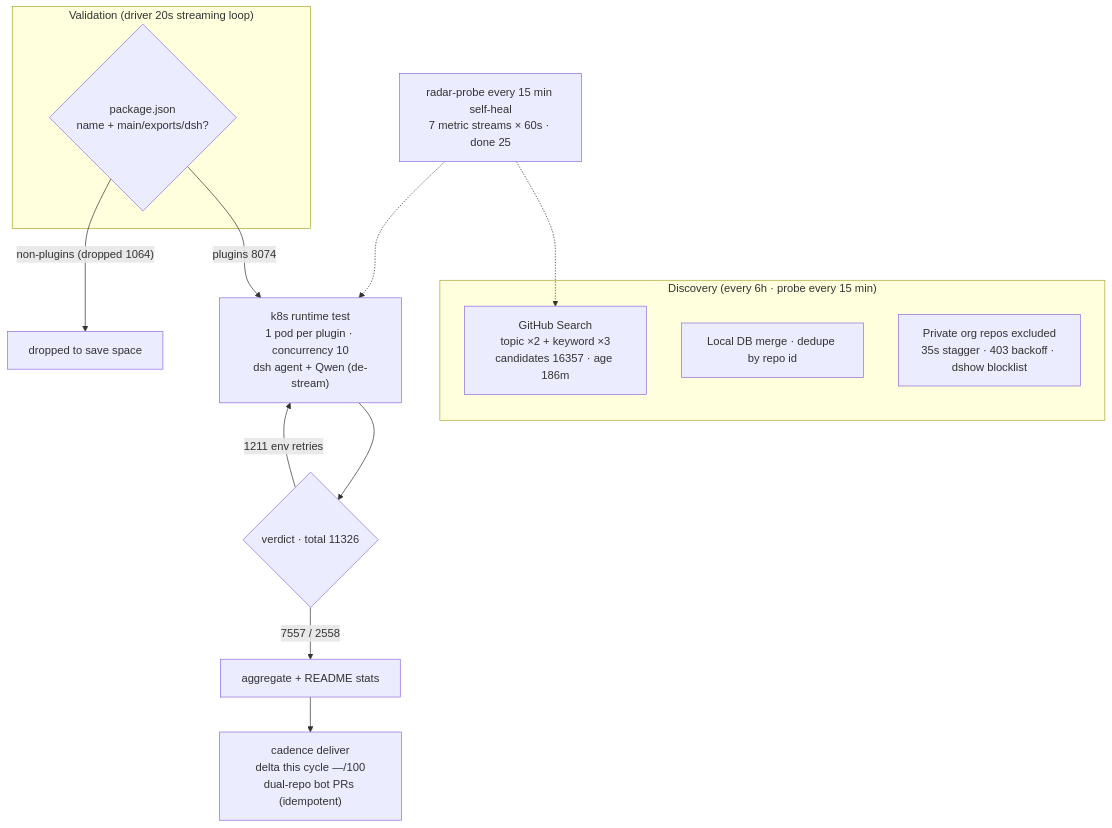
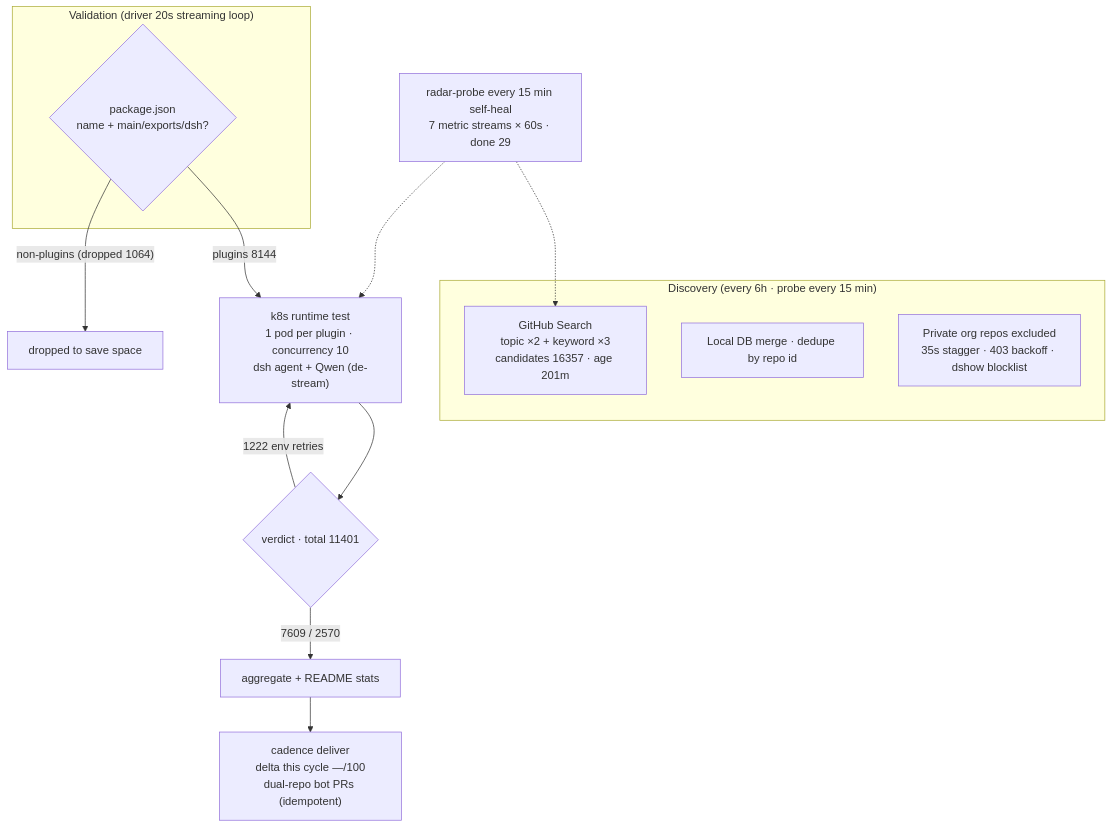
Before and after one commit to AdamPlatin123/awesome-dsh-plugins: the diagram in README.en-US.md, drawn with Mermaid. The commit also changed other lines of this file and 5 other files, not shown here.

````diff
--- a/README.en-US.md
+++ b/README.en-US.md
@@ -45,20 +45,20 @@
 ```mermaid
 flowchart TB
     subgraph Discovery["Discovery (every 6h · probe every 15 min)"]
-        A1["GitHub Search<br/>topic ×2 + keyword ×3<br/>candidates 16357 · age 186m"]
+        A1["GitHub Search<br/>topic ×2 + keyword ×3<br/>candidates 16357 · age 201m"]
         A2["Local DB merge · dedupe by repo id"]
         A3["Private org repos excluded<br/>35s stagger · 403 backoff · dshow blocklist"]
     end
     subgraph Validation["Validation (driver 20s streaming loop)"]
         B1{"package.json<br/>name + main/exports/dsh?"}
     end
-    B1 -->|"plugins 8074"| C1["k8s runtime test<br/>1 pod per plugin · concurrency 10<br/>dsh agent + Qwen (de-stream)"]
+    B1 -->|"plugins 8144"| C1["k8s runtime test<br/>1 pod per plugin · concurrency 10<br/>dsh agent + Qwen (de-stream)"]
     B1 -->|"non-plugins (dropped 1064)"| B3["dropped to save space"]
-    C1 --> D1{"verdict · total 11326"}
-    D1 -->|"7557 / 2558"| E1["aggregate + README stats"]
-    D1 -->|"1211 env retries"| C1
+    C1 --> D1{"verdict · total 11401"}
+    D1 -->|"7609 / 2570"| E1["aggregate + README stats"]
+    D1 -->|"1222 env retries"| C1
     E1 --> E2["cadence deliver<br/>delta this cycle —/100<br/>dual-repo bot PRs (idempotent)"]
-    M["radar-probe every 15 min self-heal<br/>7 metric streams × 60s · done 25"]
+    M["radar-probe every 15 min self-heal<br/>7 metric streams × 60s · done 29"]
     M -.-> A1
     M -.-> C1
 ```
````
